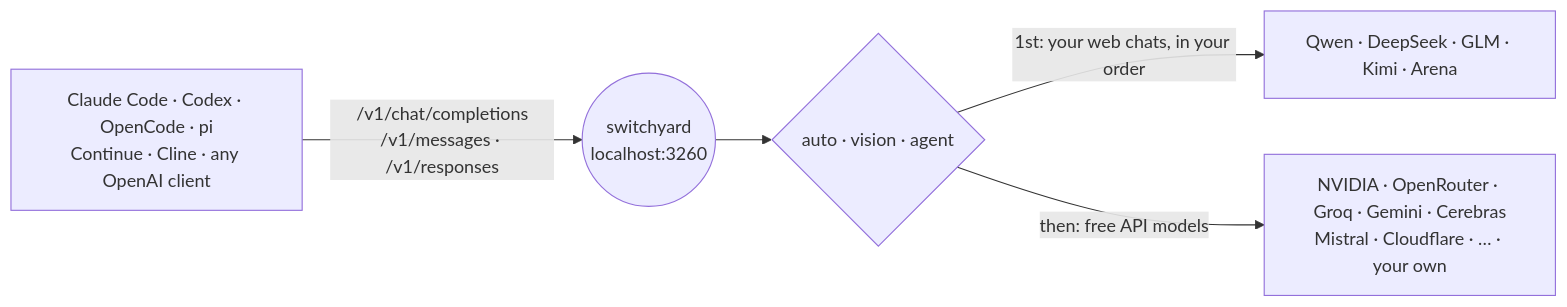
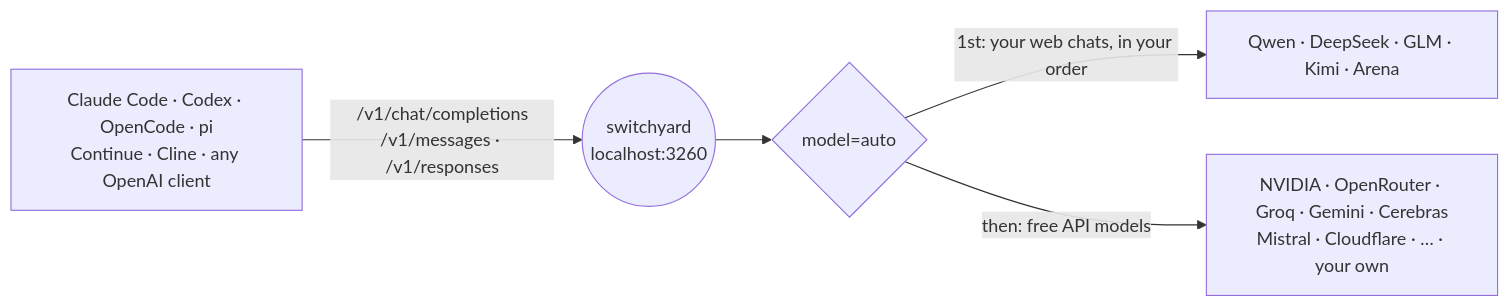
The first of 2 diagrams in README.md (kravchenski/switchyard), drawn with Mermaid before and after one commit. The commit also changed other lines of this file and 2 other files, not shown here.

Commit message:
docs: describe the single auto model that routes by request content

````diff
--- a/README.md
+++ b/README.md
@@ -27,7 +27,7 @@
 ```mermaid
 flowchart LR
   A["Claude Code · Codex · OpenCode · pi<br/>Continue · Cline · any OpenAI client"] -->|"/v1/chat/completions<br/>/v1/messages · /v1/responses"| S(("switchyard<br/>localhost:3260"))
-  S --> R{"auto · vision · agent"}
+  S --> R{"model=auto"}
   R -->|"1st: your web chats, in your order"| W["Qwen · DeepSeek · GLM · Kimi · Arena"]
   R -->|"then: free API models"| P["NVIDIA · OpenRouter · Groq · Gemini · Cerebras<br/>Mistral · Cloudflare · … · your own"]
 ```
````
